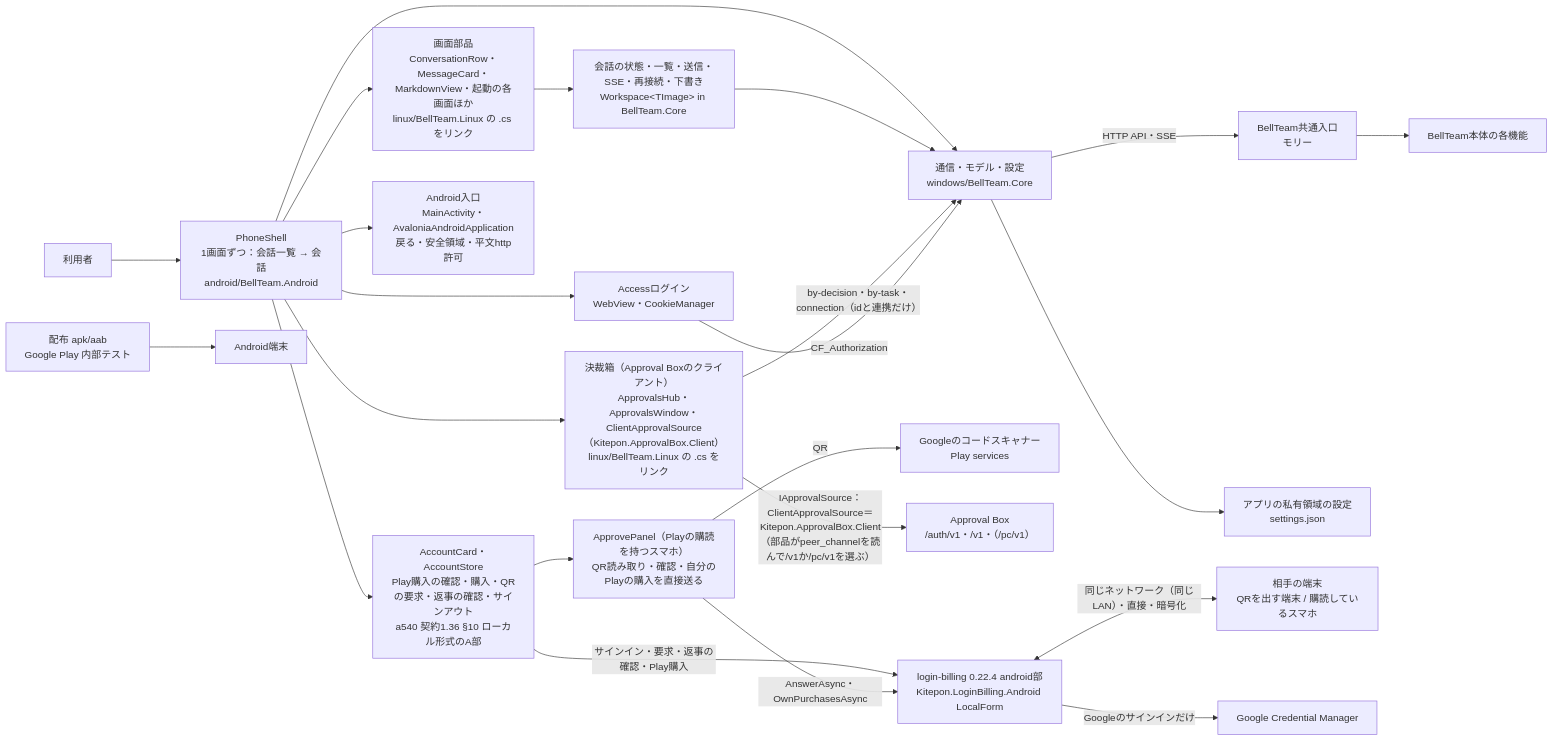
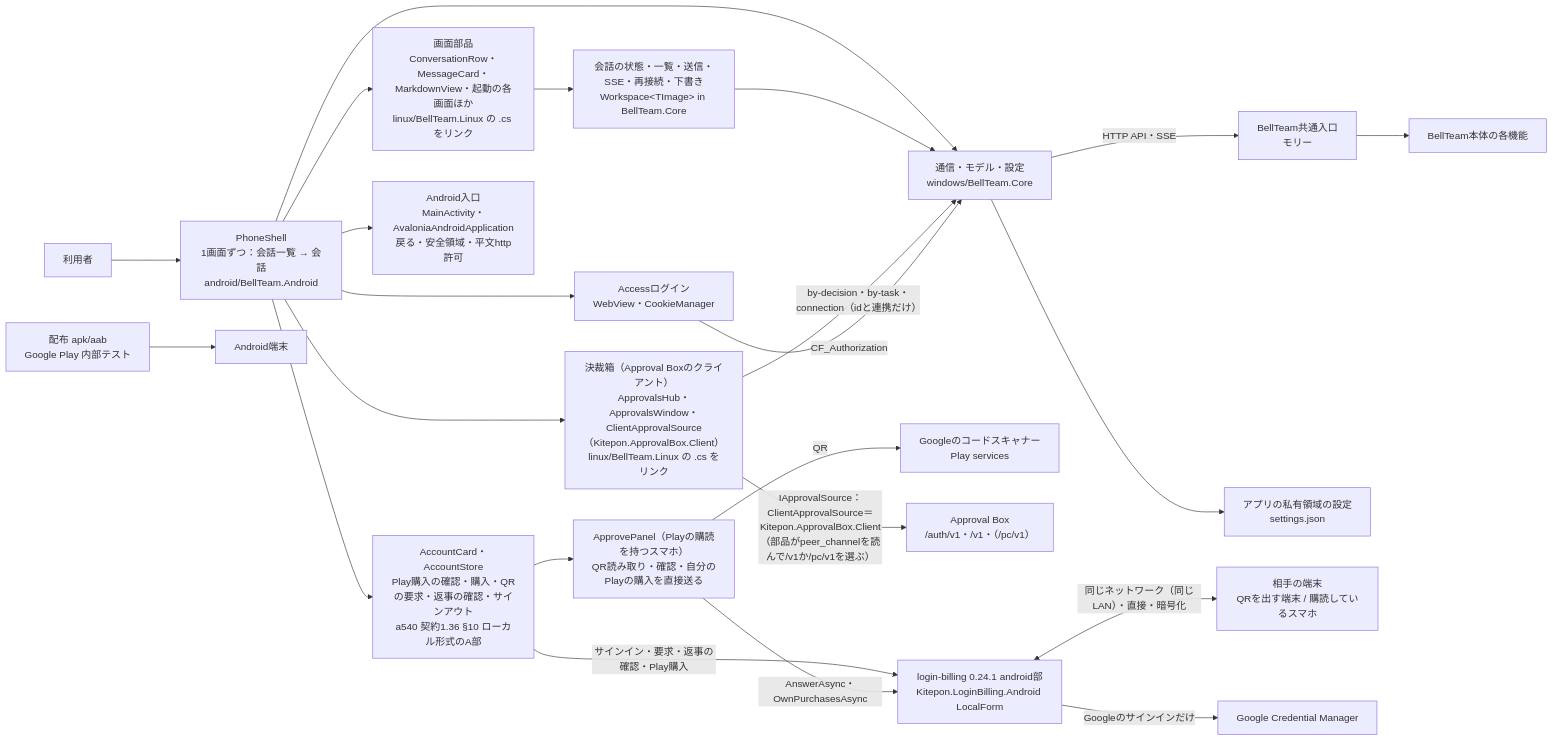
The first of 2 diagrams in docs/android-architecture.md (kitepon/BellTeam), drawn with Mermaid before and after one commit. The commit also changed 8 other files, not shown here.

First line of the commit message:
Pin login-billing 0.24.1 and Approval Box client 0.5.4 on Linux and Android

````diff
--- a/docs/android-architecture.md
+++ b/docs/android-architecture.md
@@ -9,25 +9,25 @@
 ```mermaid
 flowchart LR
   user[利用者] --> shell[PhoneShell<br/>1画面ずつ：会話一覧 → 会話<br/>android/BellTeam.Android]
   shell --> views[画面部品<br/>ConversationRow・MessageCard・MarkdownView・起動の各画面ほか<br/>linux/BellTeam.Linux の .cs をリンク]
   views --> ws[会話の状態・一覧・送信・SSE・再接続・下書き<br/>Workspace&lt;TImage&gt; in BellTeam.Core]
   shell --> core[通信・モデル・設定<br/>windows/BellTeam.Core]
   ws --> core
   core -->|HTTP API・SSE| integration[BellTeam共通入口<br/>モリー]
   core --> local[アプリの私有領域の設定<br/>settings.json]
   shell --> account[AccountCard・AccountStore<br/>Play購入の確認・購入・QRの要求・返事の確認・サインアウト<br/>a540 契約1.36 §10 ローカル形式のA部]
   account --> approve[ApprovePanel（Playの購読を持つスマホ）<br/>QR読み取り・確認・自分のPlayの購入を直接送る]
   approve -->|QR| scanner[Googleのコードスキャナー<br/>Play services]
   shell --> abx[決裁箱（Approval Boxのクライアント）<br/>ApprovalsHub・ApprovalsWindow・ClientApprovalSource（Kitepon.ApprovalBox.Client）<br/>linux/BellTeam.Linux の .cs をリンク]
   abx -->|IApprovalSource：ClientApprovalSource＝Kitepon.ApprovalBox.Client（部品がpeer_channelを読んで/v1か/pc/v1を選ぶ）| abxsrv[Approval Box<br/>/auth/v1・/v1・（/pc/v1）]
   abx -->|by-decision・by-task・connection（idと連携だけ）| core
-  account -->|サインイン・要求・返事の確認・Play購入| lib[login-billing 0.22.4 android部<br/>Kitepon.LoginBilling.Android LocalForm]
+  account -->|サインイン・要求・返事の確認・Play購入| lib[login-billing 0.24.1 android部<br/>Kitepon.LoginBilling.Android LocalForm]
   approve -->|AnswerAsync・OwnPurchasesAsync| lib
   lib <-->|同じネットワーク（同じLAN）・直接・暗号化| peer[相手の端末<br/>QRを出す端末 / 購読しているスマホ]
   lib -->|Googleのサインインだけ| google[Google Credential Manager]
   shell --> access[Accessログイン<br/>WebView・CookieManager]
   access -->|CF_Authorization| core
   shell --> android[Android入口<br/>MainActivity・AvaloniaAndroidApplication<br/>戻る・安全領域・平文http許可]
   release[配布 apk/aab<br/>Google Play 内部テスト] --> device[Android端末]
   integration --> server[BellTeam本体の各機能]
 ```
````
